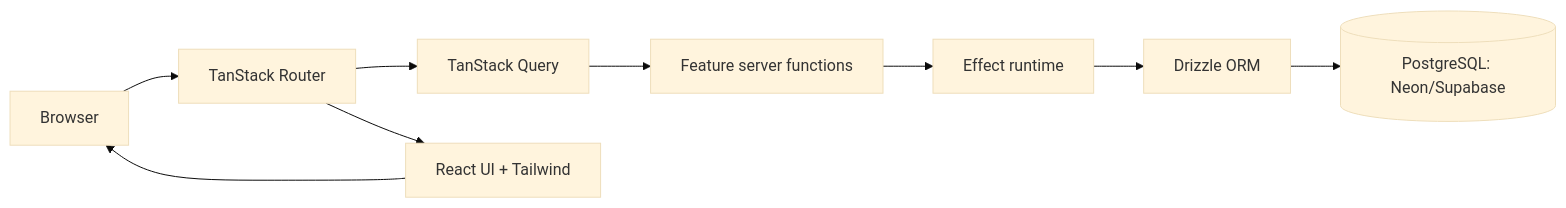
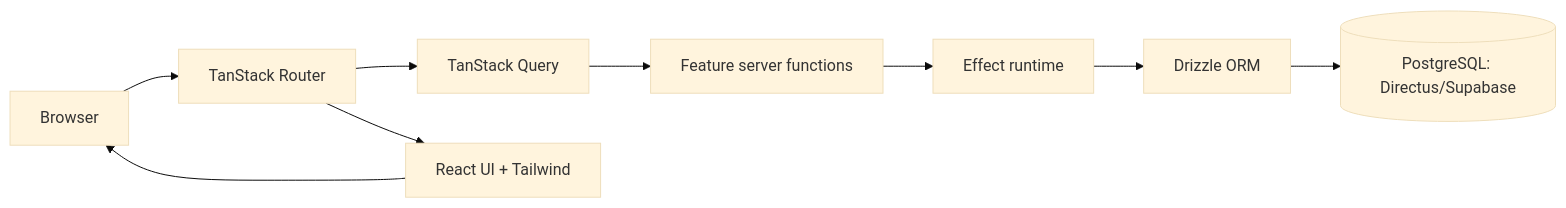
Before and after one commit to DiscordHubDev/dchubs-tanstack: the diagram in AGENTS.md, drawn with Mermaid (base theme). The commit also changed other lines of this file and 2 other files, not shown here.

````diff
--- a/AGENTS.md
+++ b/AGENTS.md
@@ -110,11 +110,11 @@
 ```mermaid
 flowchart LR
 	Browser --> Router[TanStack Router]
 	Router --> Query[TanStack Query]
 	Query --> ServerFns[Feature server functions]
 	ServerFns --> Effect[Effect runtime]
 	Effect --> Drizzle[Drizzle ORM]
-	Drizzle --> Postgres[(PostgreSQL: Neon/Supabase)]
+	Drizzle --> Postgres[(PostgreSQL: Directus/Supabase)]
 	Router --> UI[React UI + Tailwind]
 	UI --> Browser
 ```
````
